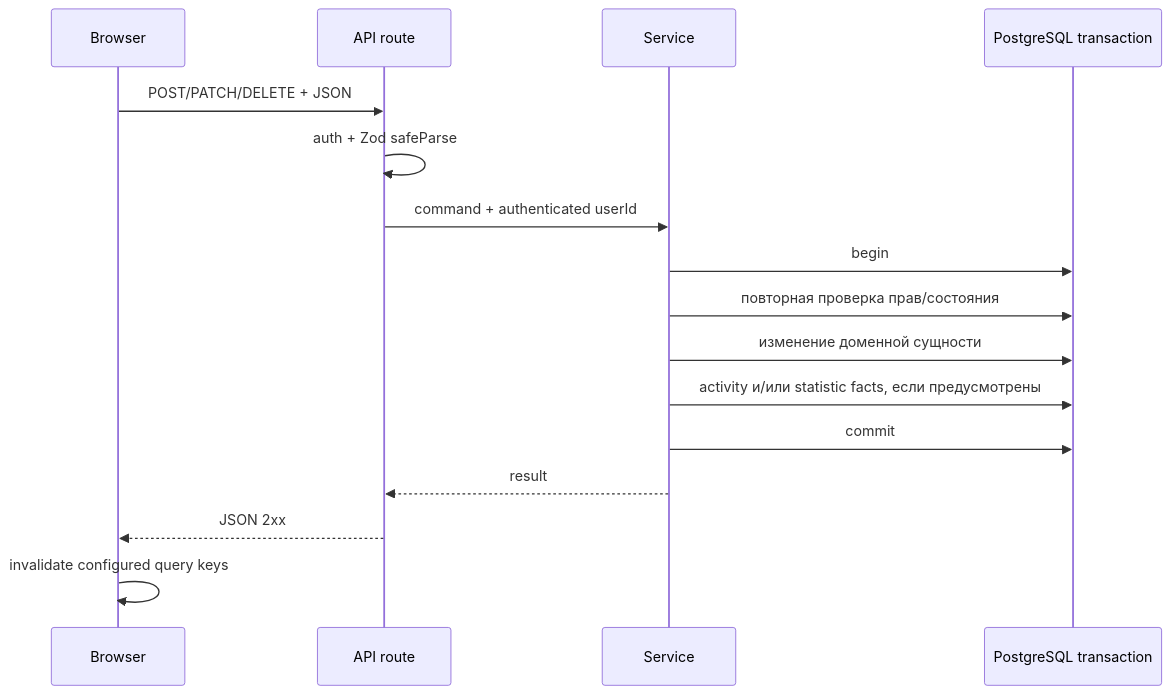
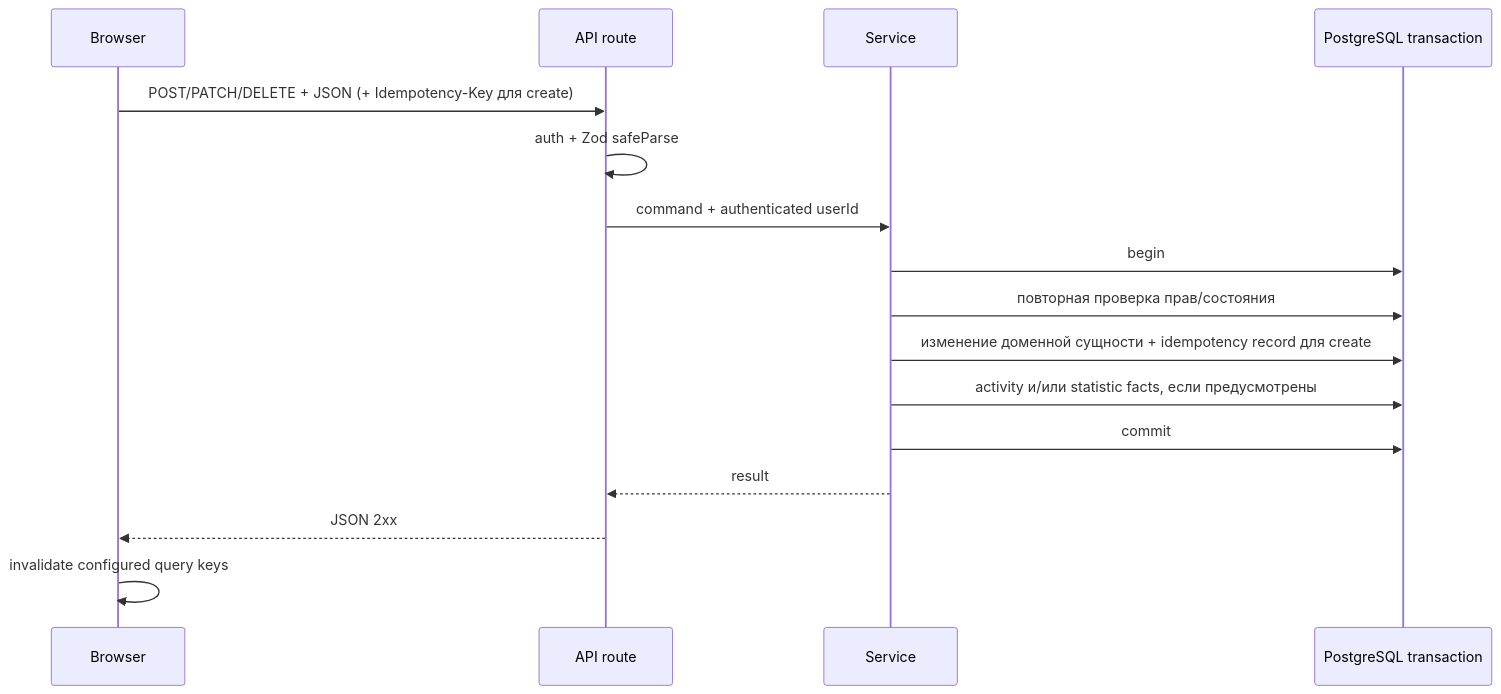
Before and after one commit to b4s1l3k/oh-my-slopwise: the fourth of 4 diagrams in docs/architecture/01-system-context.md, drawn with Mermaid. The commit also changed 36 other files, not shown here.

Commit message:
Add idempotency records for create commands

````diff
--- a/docs/architecture/01-system-context.md
+++ b/docs/architecture/01-system-context.md
@@ -132,19 +132,19 @@
 ```mermaid
 sequenceDiagram
     participant B as Browser
     participant R as API route
     participant S as Service
     participant DB as PostgreSQL transaction
 
-    B->>R: POST/PATCH/DELETE + JSON
+    B->>R: POST/PATCH/DELETE + JSON (+ Idempotency-Key для create)
     R->>R: auth + Zod safeParse
     R->>S: command + authenticated userId
     S->>DB: begin
     S->>DB: повторная проверка прав/состояния
-    S->>DB: изменение доменной сущности
+    S->>DB: изменение доменной сущности + idempotency record для create
     S->>DB: activity и/или statistic facts, если предусмотрены
     S->>DB: commit
     S-->>R: result
     R-->>B: JSON 2xx
     B->>B: invalidate configured query keys
 ```
````
